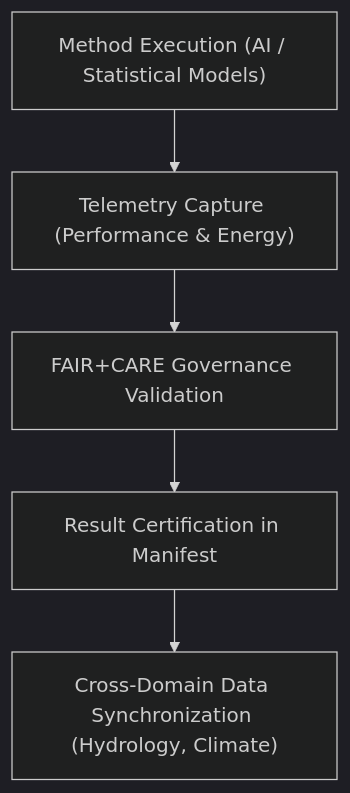
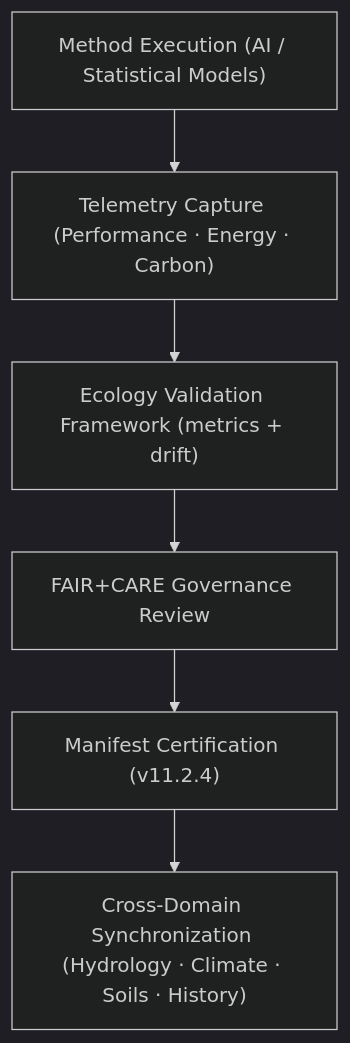
The diagram in docs/analyses/ecology/methods/summary-findings.md (bartytime4life/Kansas-Frontier-Matrix), drawn with Mermaid (dark theme) before and after one commit. The commit also changed other lines of this file, not shown here.

````diff
--- a/docs/analyses/ecology/methods/summary-findings.md
+++ b/docs/analyses/ecology/methods/summary-findings.md
@@ -73,7 +123,8 @@
 ```mermaid
 flowchart TD
-  A["Method Execution (AI / Statistical Models)"] --> B["Telemetry Capture (Performance & Energy)"]
-  B --> C["FAIR+CARE Governance Validation"]
-  C --> D["Result Certification in Manifest"]
-  D --> E["Cross-Domain Data Synchronization (Hydrology, Climate)"]
+  A["Method Execution (AI / Statistical Models)"] --> B["Telemetry Capture (Performance · Energy · Carbon)"]
+  B --> C["Ecology Validation Framework (metrics + drift)"]
+  C --> D["FAIR+CARE Governance Review"]
+  D --> E["Manifest Certification (v11.2.4)"]
+  E --> F["Cross-Domain Synchronization (Hydrology · Climate · Soils · History)"]
 ```
````
